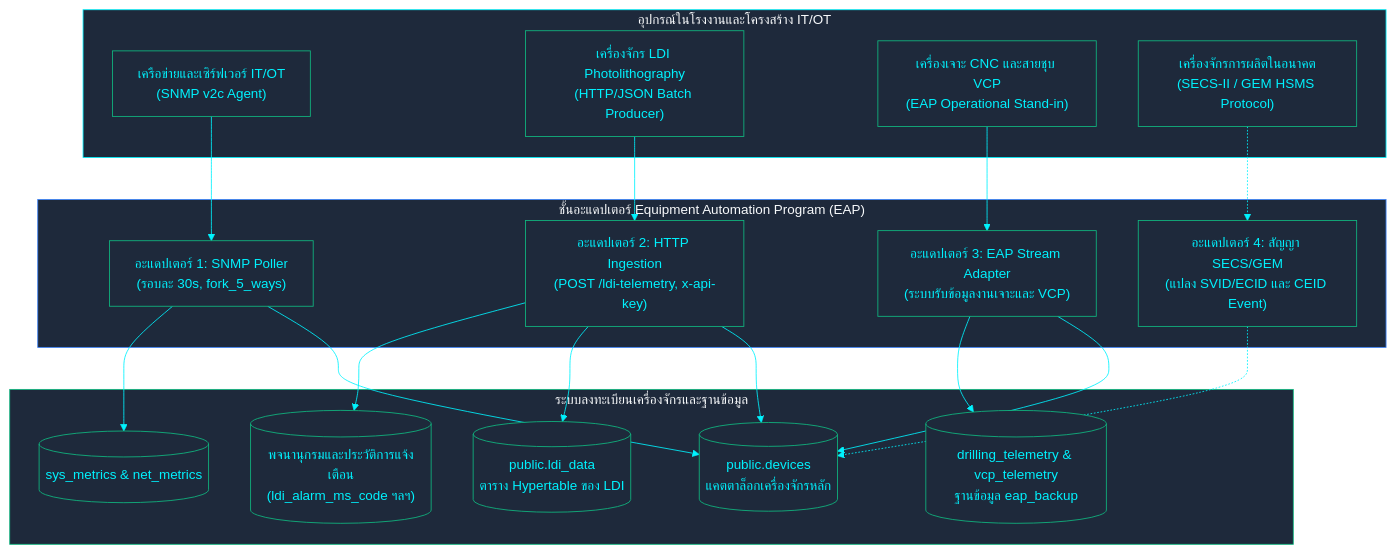
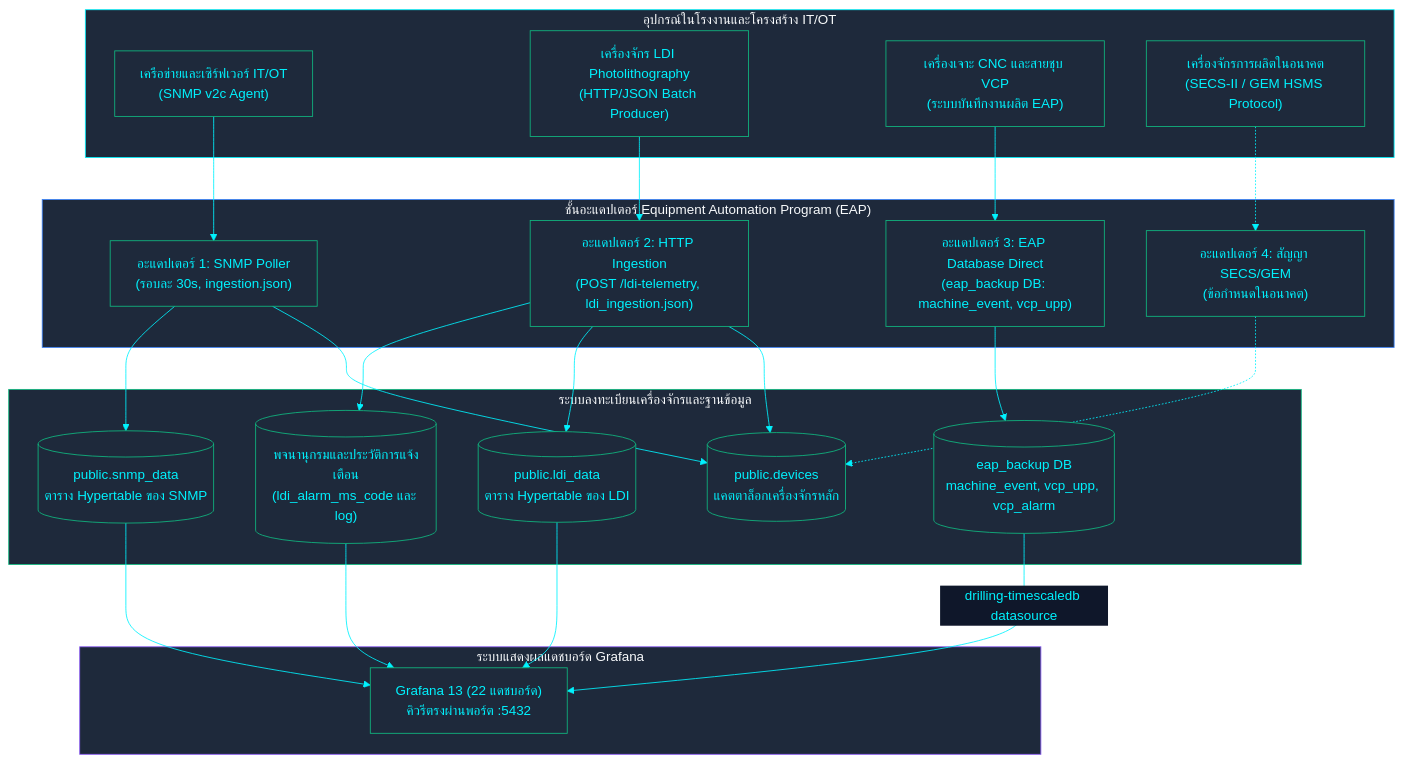
Before and after one commit to PATTANAKORN025/IMS: the diagram in th/docs/architecture/EAP_ARCHITECTURE.md, drawn with Mermaid. The commit also changed 36 other files, not shown here.

First line of the commit message:
fix(docs): reconcile 115 mermaid diagrams with architecture across 3 languages

````diff
--- a/th/docs/architecture/EAP_ARCHITECTURE.md
+++ b/th/docs/architecture/EAP_ARCHITECTURE.md
@@ -30,50 +30,47 @@
 ```mermaid
 %%{init: {'theme': 'base', 'themeVariables': { 'primaryColor': '#1e293b', 'primaryTextColor': '#00F2FE', 'primaryBorderColor': '#10B981', 'lineColor': '#00F2FE', 'secondaryColor': '#0f172a', 'tertiaryColor': '#0f172a', 'clusterBkg': '#030407', 'clusterBorder': '#00F2FE'}}}%%
 flowchart TB
   subgraph SOURCES["อุปกรณ์ในโรงงานและโครงสร้าง IT/OT"]
-    S1["เครือข่ายและเซิร์ฟเวอร์ IT/OT
-(SNMP v2c Agent)"]
-    S2["เครื่องจักร LDI Photolithography
-(HTTP/JSON Batch Producer)"]
-    S3["เครื่องเจาะ CNC และสายชุบ VCP
-(EAP Operational Stand-in)"]
-    S4["เครื่องจักรการผลิตในอนาคต
-(SECS-II / GEM HSMS Protocol)"]
+    S1["เครือข่ายและเซิร์ฟเวอร์ IT/OT\n(SNMP v2c Agent)"]
+    S2["เครื่องจักร LDI Photolithography\n(HTTP/JSON Batch Producer)"]
+    S3["เครื่องเจาะ CNC และสายชุบ VCP\n(ระบบบันทึกงานผลิต EAP)"]
+    S4["เครื่องจักรการผลิตในอนาคต\n(SECS-II / GEM HSMS Protocol)"]
   end
 
   subgraph ADAPTERS["ชั้นอะแดปเตอร์ Equipment Automation Program (EAP)"]
-    A1["อะแดปเตอร์ 1: SNMP Poller
-(รอบละ 30s, fork_5_ways)"]
-    A2["อะแดปเตอร์ 2: HTTP Ingestion
-(POST /ldi-telemetry, x-api-key)"]
-    A3["อะแดปเตอร์ 3: EAP Stream Adapter
-(ระบบรับข้อมูลงานเจาะและ VCP)"]
-    A4["อะแดปเตอร์ 4: สัญญา SECS/GEM
-(แปลง SVID/ECID และ CEID Event)"]
+    A1["อะแดปเตอร์ 1: SNMP Poller\n(รอบละ 30s, ingestion.json)"]
+    A2["อะแดปเตอร์ 2: HTTP Ingestion\n(POST /ldi-telemetry, ldi_ingestion.json)"]
+    A3["อะแดปเตอร์ 3: EAP Database Direct\n(eap_backup DB: machine_event, vcp_upp)"]
+    A4["อะแดปเตอร์ 4: สัญญา SECS/GEM\n(ข้อกำหนดในอนาคต)"]
   end
 
   subgraph REGISTRY["ระบบลงทะเบียนเครื่องจักรและฐานข้อมูล"]
-    DEV[("public.devices
-แคตตาล็อกเครื่องจักรหลัก")]
-    HT_SYS[("sys_metrics & net_metrics")]
-    HT_LDI[("public.ldi_data
-ตาราง Hypertable ของ LDI")]
-    HT_DRL[("drilling_telemetry & vcp_telemetry
-ฐานข้อมูล eap_backup")]
-    ALARM[("พจนานุกรมและประวัติการแจ้งเตือน
-(ldi_alarm_ms_code ฯลฯ)")]
+    DEV[("public.devices\nแคตตาล็อกเครื่องจักรหลัก")]
+    HT_SYS[("public.snmp_data\nตาราง Hypertable ของ SNMP")]
+    HT_LDI[("public.ldi_data\nตาราง Hypertable ของ LDI")]
+    EAP_DB[("eap_backup DB\nmachine_event, vcp_upp, vcp_alarm")]
+    ALARM[("พจนานุกรมและประวัติการแจ้งเตือน\n(ldi_alarm_ms_code และ log)")]
+  end
+
+  subgraph VISUALIZATION["ระบบแสดงผลแดชบอร์ด Grafana"]
+    GRAF["Grafana 13 (22 แดชบอร์ด)\nคิวรีตรงผ่านพอร์ต :5432"]
   end
 
   S1 --> A1 --> DEV
   A1 --> HT_SYS
   S2 --> A2 --> DEV
   A2 --> HT_LDI
   A2 --> ALARM
-  S3 --> A3 --> DEV
-  A3 --> HT_DRL
+  S3 --> A3 --> EAP_DB
   S4 -.-> A4 -.-> DEV
+
+  HT_SYS --> GRAF
+  HT_LDI --> GRAF
+  EAP_DB -->|"drilling-timescaledb datasource"| GRAF
+  ALARM --> GRAF
 
   style SOURCES fill:#1e293b,stroke:#00F2FE,color:#f8fafc
   style ADAPTERS fill:#1e293b,stroke:#3b82f6,color:#f8fafc
   style REGISTRY fill:#1e293b,stroke:#10B981,color:#f8fafc
+  style VISUALIZATION fill:#1e293b,stroke:#8B5CF6,color:#f8fafc
 ```
````
